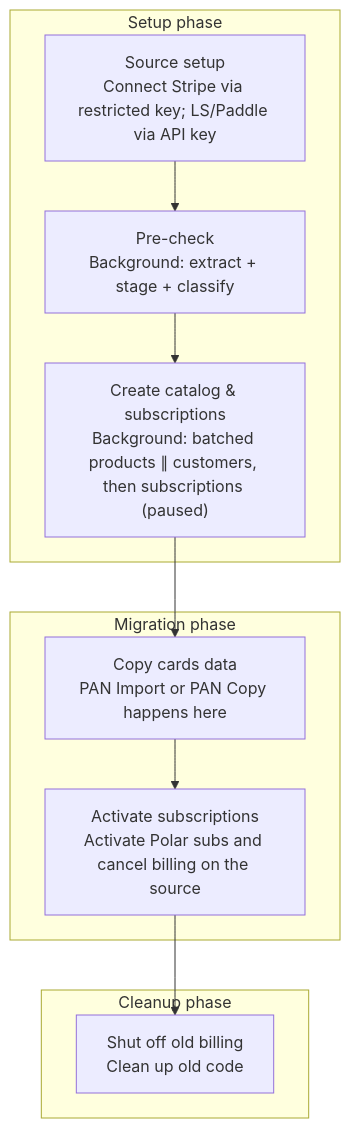
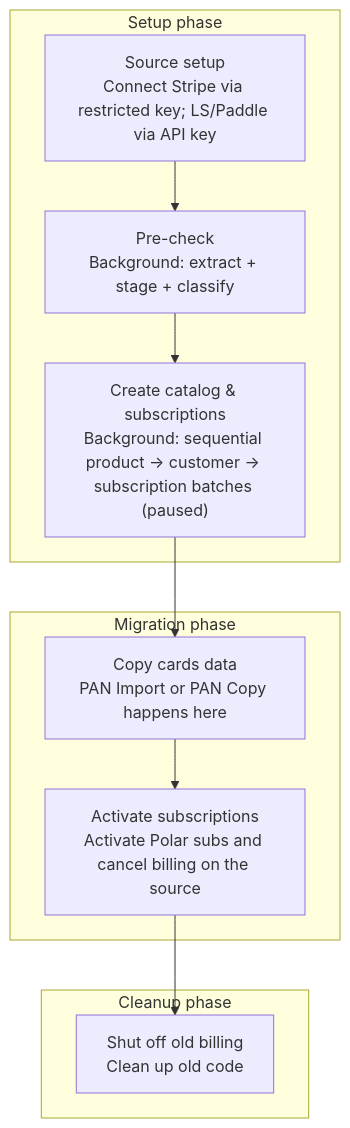
Before and after one commit to polarsource/polar: the first of 2 diagrams in handbook/engineering/design-documents/merchant-migrations.mdx, drawn with Mermaid. The commit also changed other lines of this file, not shown here.

First line of the commit message:
docs: simplify merchant migration background job design

````diff
--- a/handbook/engineering/design-documents/merchant-migrations.mdx
+++ b/handbook/engineering/design-documents/merchant-migrations.mdx
@@ -38,19 +38,19 @@
 ```mermaid
 flowchart TB
   subgraph S["Setup phase"]
     A["Source setup<br/>Connect Stripe via restricted key; LS/Paddle via API key"]
     B["Pre-check<br/>Background: extract + stage + classify"]
-    C["Create catalog & subscriptions<br/>Background: batched products ∥ customers, then subscriptions (paused)"]
+    C["Create catalog & subscriptions<br/>Background: sequential product → customer → subscription batches (paused)"]
     A --> B --> C
   end
   subgraph M["Migration phase"]
     D["Copy cards data<br/>PAN Import or PAN Copy happens here"]
     E["Activate subscriptions<br/>Activate Polar subs and cancel billing on the source"]
     D --> E
   end
   subgraph CL["Cleanup phase"]
     F["Shut off old billing<br/>Clean up old code"]
   end
   C --> D
   E --> F
 ```
````
